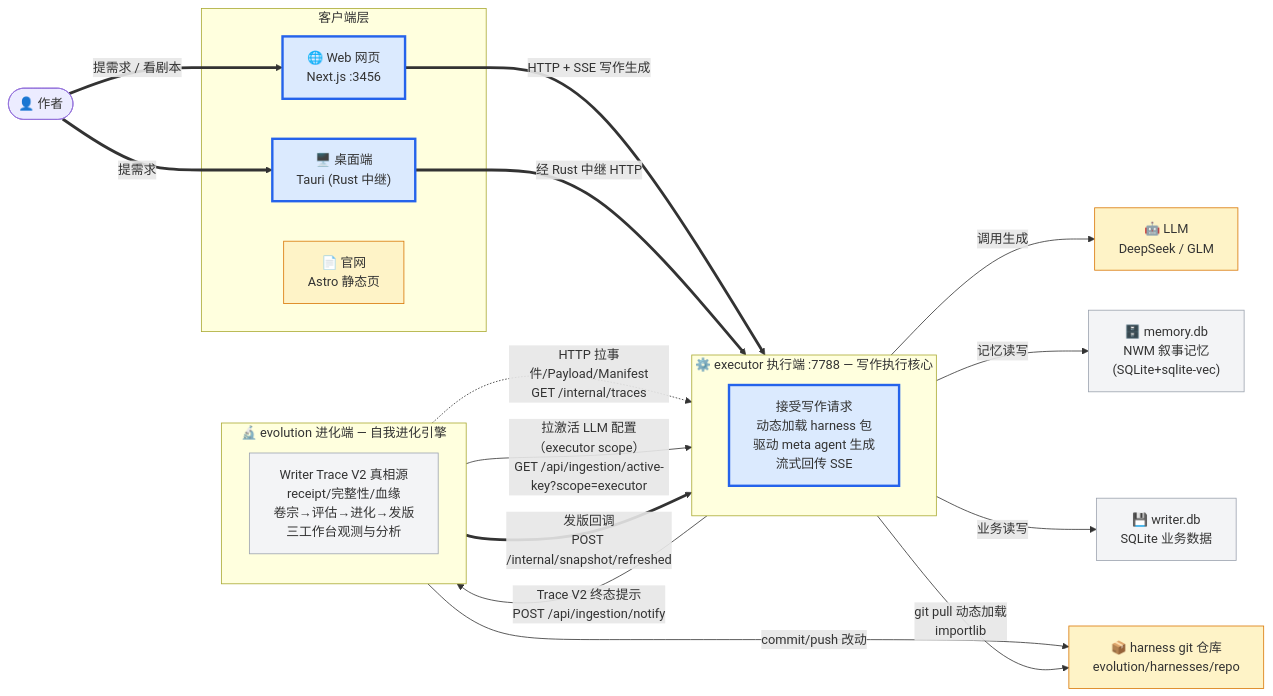
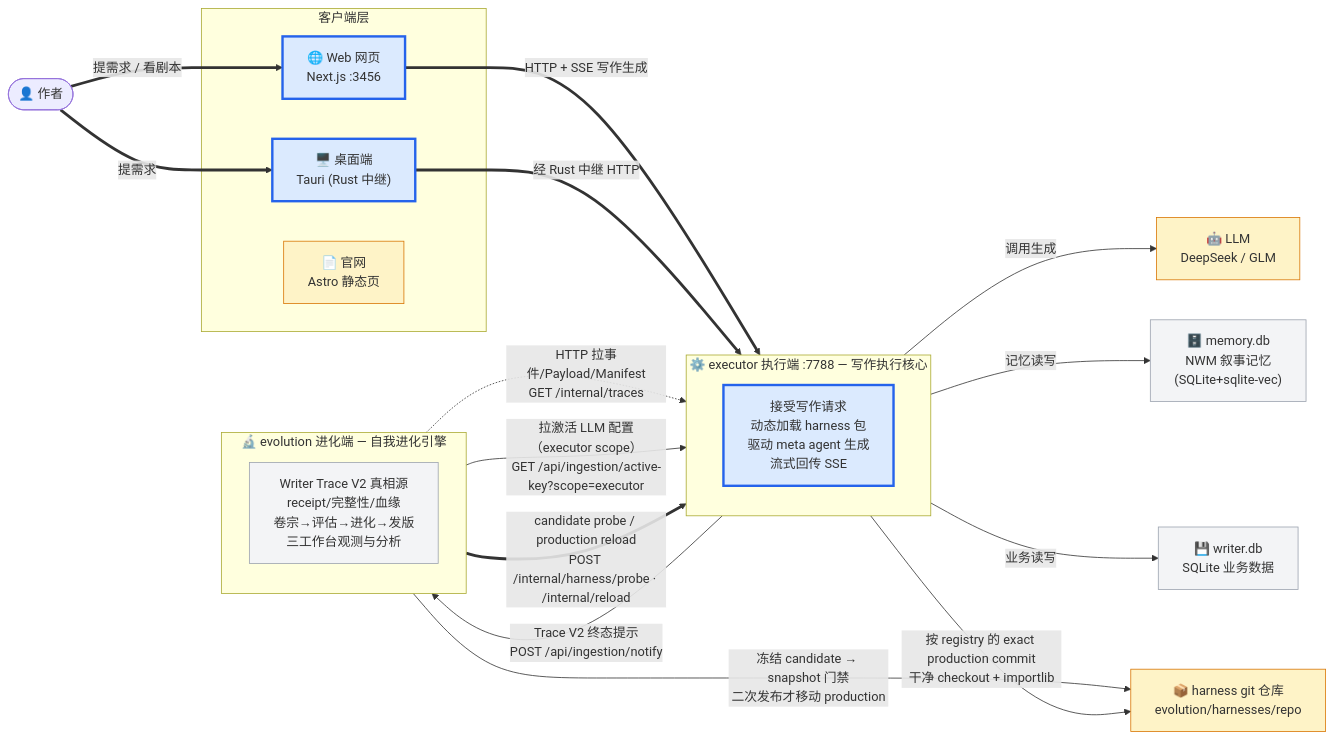
Before and after one commit to gaoshoupaper-code/EvoWriter: the first of 8 diagrams in docs/系统心智模型.md, drawn with Mermaid. The commit also changed other lines of this file and 47 other files, not shown here.

````diff
--- a/docs/系统心智模型.md
+++ b/docs/系统心智模型.md
@@ -42,57 +42,57 @@
 ```mermaid
 flowchart LR
     Author(["👤 作者"])
 
     subgraph Clients["客户端层"]
         Web["🌐 Web 网页<br/>Next.js :3456"]
         Desk["🖥️ 桌面端<br/>Tauri (Rust 中继)"]
         Site["📄 官网<br/>Astro 静态页"]
     end
 
     subgraph EX["⚙️ executor 执行端 :7788 — 写作执行核心"]
         direction TB
         EX_Core["接受写作请求<br/>动态加载 harness 包<br/>驱动 meta agent 生成<br/>流式回传 SSE"]
     end
 
     subgraph EV["🔬 evolution 进化端 — 自我进化引擎"]
         direction TB
         EV_Core["Writer Trace V2 真相源<br/>receipt/完整性/血缘<br/>卷宗→评估→进化→发版<br/>三工作台观测与分析"]
     end
 
     LLM["🤖 LLM<br/>DeepSeek / GLM"]
     MemDB["🗄️ memory.db<br/>NWM 叙事记忆<br/>(SQLite+sqlite-vec)"]
     DB["💾 writer.db<br/>SQLite 业务数据"]
     GitRepo["📦 harness git 仓库<br/>evolution/harnesses/repo"]
 
     %% 主线：写作生成全旅途（粗箭头）
     Author ==>|"提需求 / 看剧本"| Web
     Author ==>|"提需求"| Desk
     Web ==>|"HTTP + SSE 写作生成"| EX_Core
     Desk ==>|"经 Rust 中继 HTTP"| EX_Core
 
     %% executor 调外部
     EX_Core -->|"调用生成"| LLM
     EX_Core -->|"记忆读写"| MemDB
     EX_Core -->|"业务读写"| DB
 
     %% 进化闭环：executor ↔ evolution
     EX_Core -->|"Trace V2 终态提示<br/>POST /api/ingestion/notify"| EV_Core
     EV_Core -.->|"HTTP 拉事件/Payload/Manifest<br/>GET /internal/traces"| EX_Core
     EV_Core -->|"拉激活 LLM 配置（executor scope）<br/>GET /api/ingestion/active-key?scope=executor"| EX_Core
-    EV_Core ==>|"发版回调<br/>POST /internal/snapshot/refreshed"| EX_Core
+    EV_Core ==>|"candidate probe / production reload<br/>POST /internal/harness/probe · /internal/reload"| EX_Core
 
     %% harness 包加载
-    EX_Core -->|"git pull 动态加载<br/>importlib"| GitRepo
-    EV_Core -->|"commit/push 改动"| GitRepo
+    EX_Core -->|"按 registry 的 exact production commit<br/>干净 checkout + importlib"| GitRepo
+    EV_Core -->|"冻结 candidate → snapshot 门禁<br/>二次发布才移动 production"| GitRepo
 
     %% 官网独立
     Site
 
     classDef main fill:#dbeafe,stroke:#2563eb,stroke-width:3px
     classDef side fill:#f3f4f6,stroke:#9ca3af
     classDef ext fill:#fef3c7,stroke:#d97706
 
     class Web,Desk,EX_Core main
     class EV_Core,DB,MemDB side
     class LLM,GitRepo,Site ext
 ```
````
